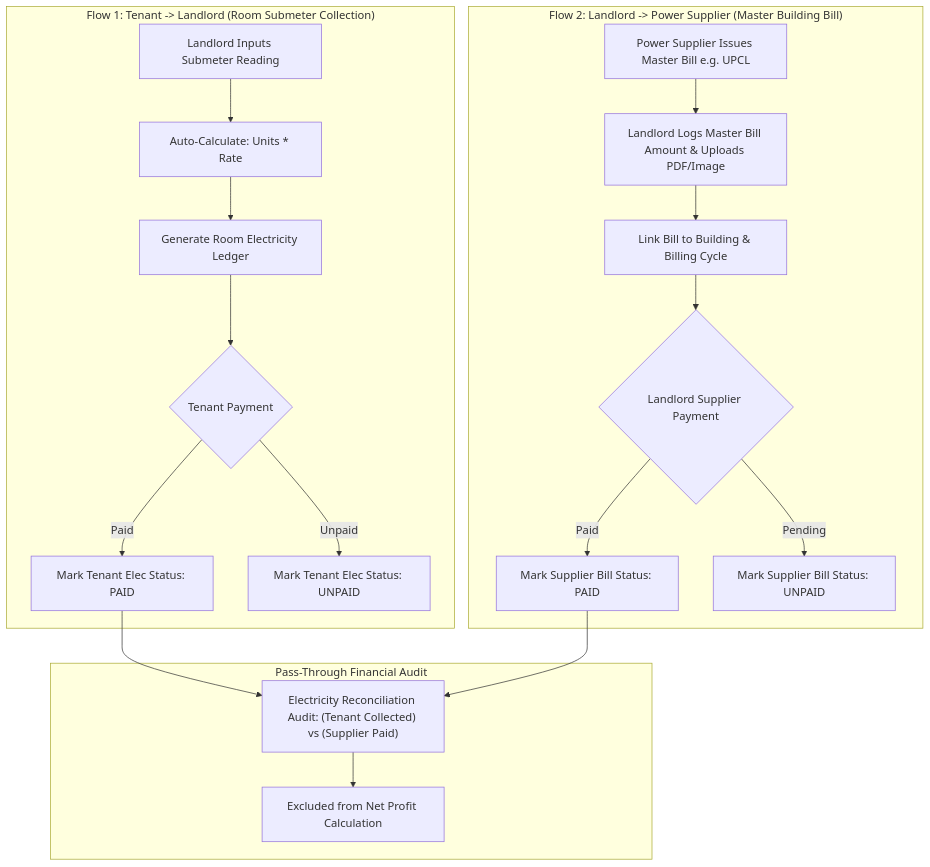
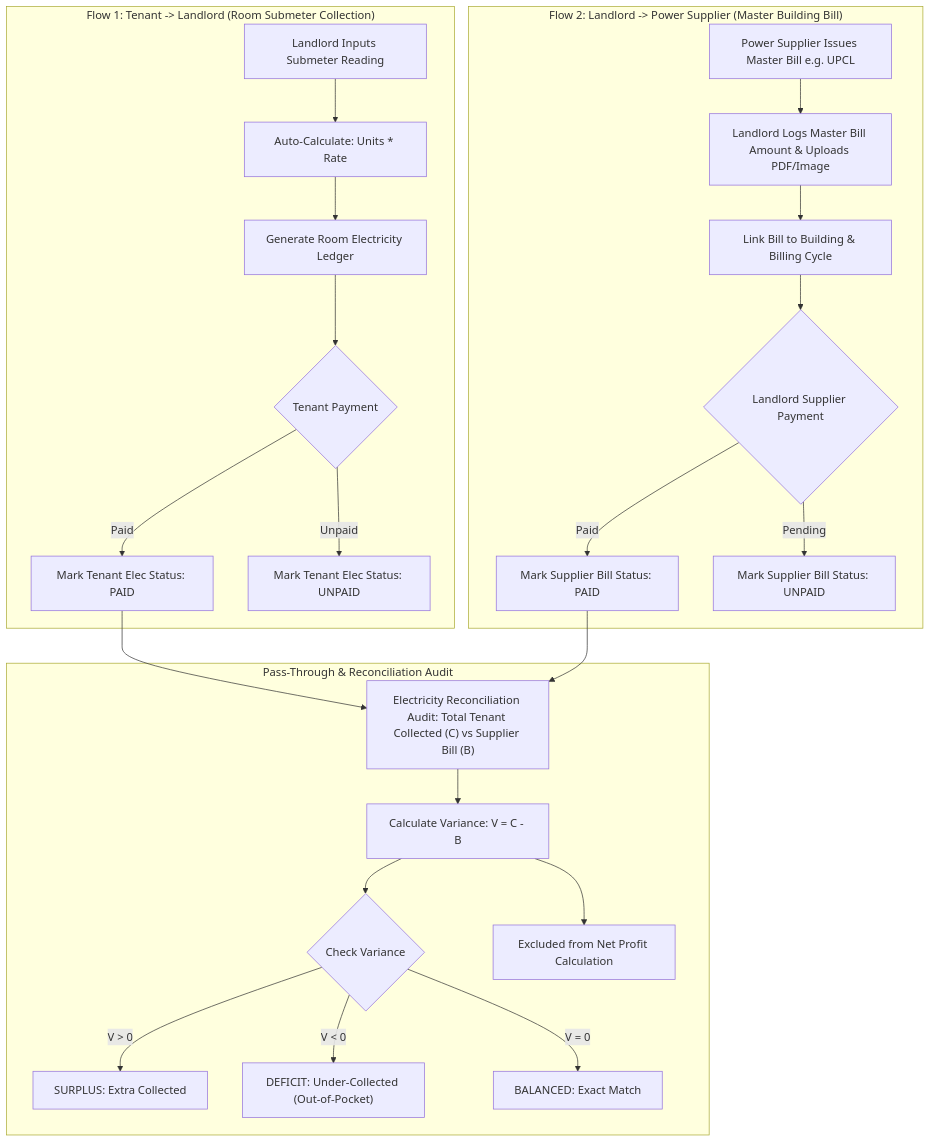
One commit to abu18sam/my_room_ledger changed the diagram in docs/01-requirement-analysis.md. Above: the diagram before and after it, drawn with Mermaid. The commit also changed 8 other files, not shown here.

````diff
--- a/docs/01-requirement-analysis.md
+++ b/docs/01-requirement-analysis.md
@@ -84,24 +84,29 @@
 ```mermaid
 flowchart TD
     subgraph Flow1 ["Flow 1: Tenant -> Landlord (Room Submeter Collection)"]
         A[Landlord Inputs Submeter Reading] --> B["Auto-Calculate: Units * Rate"]
         B --> C[Generate Room Electricity Ledger]
         C --> D{Tenant Payment}
         D -- Paid --> E[Mark Tenant Elec Status: PAID]
         D -- Unpaid --> F[Mark Tenant Elec Status: UNPAID]
     end
 
     subgraph Flow2 ["Flow 2: Landlord -> Power Supplier (Master Building Bill)"]
         G[Power Supplier Issues Master Bill e.g. UPCL] --> H[Landlord Logs Master Bill Amount & Uploads PDF/Image]
         H --> I[Link Bill to Building & Billing Cycle]
         I --> J{Landlord Supplier Payment}
         J -- Paid --> K[Mark Supplier Bill Status: PAID]
         J -- Pending --> L[Mark Supplier Bill Status: UNPAID]
     end
 
-    subgraph Audit ["Pass-Through Financial Audit"]
-        E --> M["Electricity Reconciliation Audit: (Tenant Collected) vs (Supplier Paid)"]
+    subgraph Audit ["Pass-Through & Reconciliation Audit"]
+        E --> M["Electricity Reconciliation Audit: Total Tenant Collected (C) vs Supplier Bill (B)"]
         K --> M
-        M --> N[Excluded from Net Profit Calculation]
+        M --> N["Calculate Variance: V = C - B"]
+        N --> O{"Check Variance"}
+        O -- "V > 0" --> P["SURPLUS: Extra Collected"]
+        O -- "V < 0" --> Q["DEFICIT: Under-Collected (Out-of-Pocket)"]
+        O -- "V = 0" --> R["BALANCED: Exact Match"]
+        N --> S[Excluded from Net Profit Calculation]
     end
 ```
````
